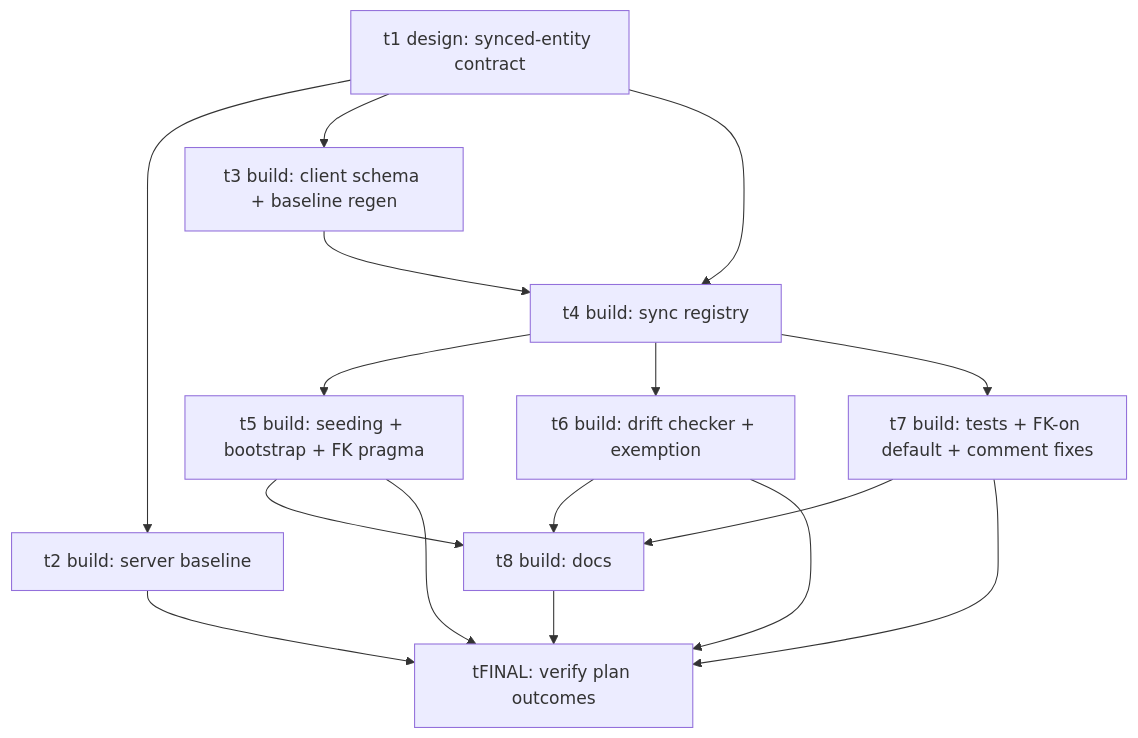
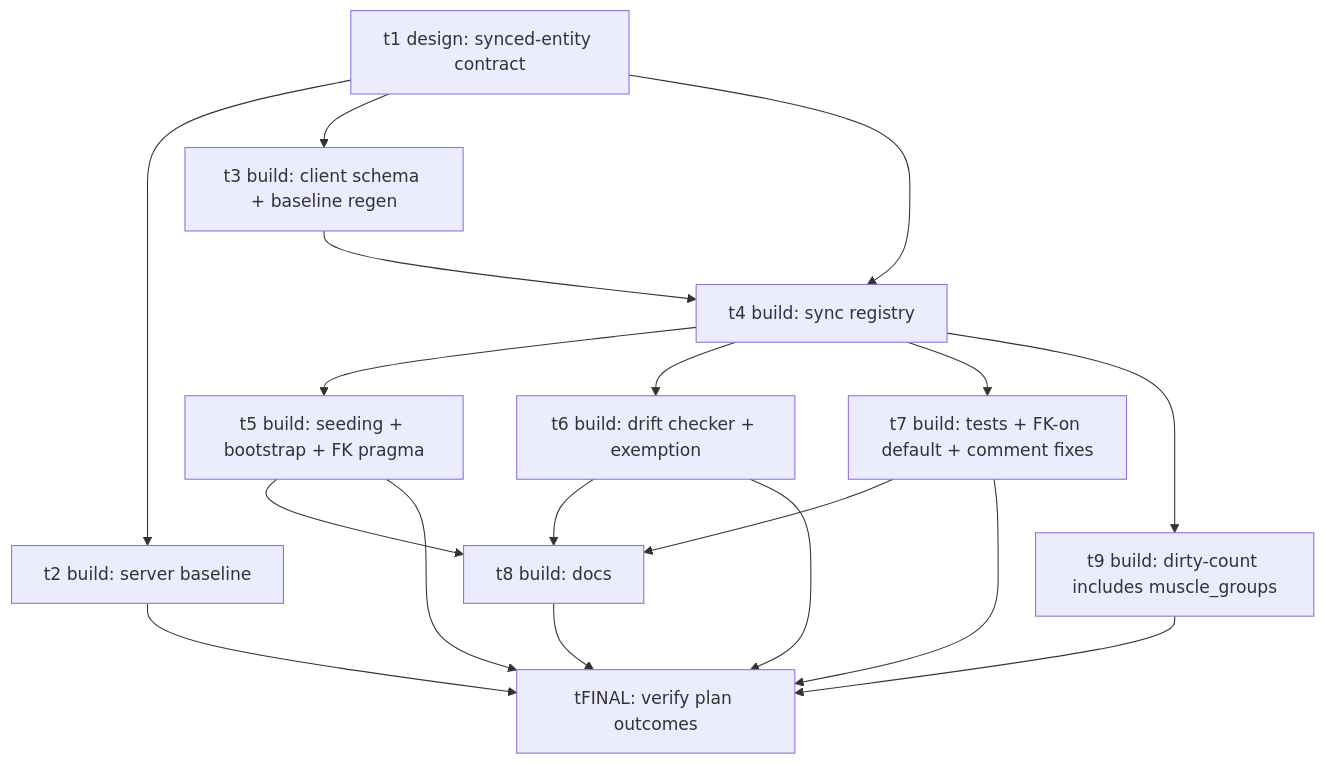
One commit to Brotherhood-of-Ghisa/BOGA3 changed the diagram in docs/plans/muscle-groups-synced-entity/plan.md. Above: the diagram before and after it, drawn with Mermaid. The commit also changed other lines of this file and 3 other files, not shown here.

Commit message:
chore(orchestration): coordinator log + new dirty-count card

````diff
--- a/docs/plans/muscle-groups-synced-entity/plan.md
+++ b/docs/plans/muscle-groups-synced-entity/plan.md
@@ -101,18 +101,20 @@
 ```mermaid
 graph TD
   t1[t1 design: synced-entity contract] --> t2[t2 build: server baseline]
   t1 --> t3[t3 build: client schema + baseline regen]
   t3 --> t4[t4 build: sync registry]
   t1 --> t4
   t4 --> t5[t5 build: seeding + bootstrap + FK pragma]
   t4 --> t6[t6 build: drift checker + exemption]
   t4 --> t7[t7 build: tests + FK-on default + comment fixes]
+  t4 --> t9[t9 build: dirty-count includes muscle_groups]
   t2 --> tFINAL
   t5 --> t8[t8 build: docs]
   t6 --> t8
   t7 --> t8
   t8 --> tFINAL[tFINAL: verify plan outcomes]
   t5 --> tFINAL
   t6 --> tFINAL
   t7 --> tFINAL
+  t9 --> tFINAL
 ```
````
